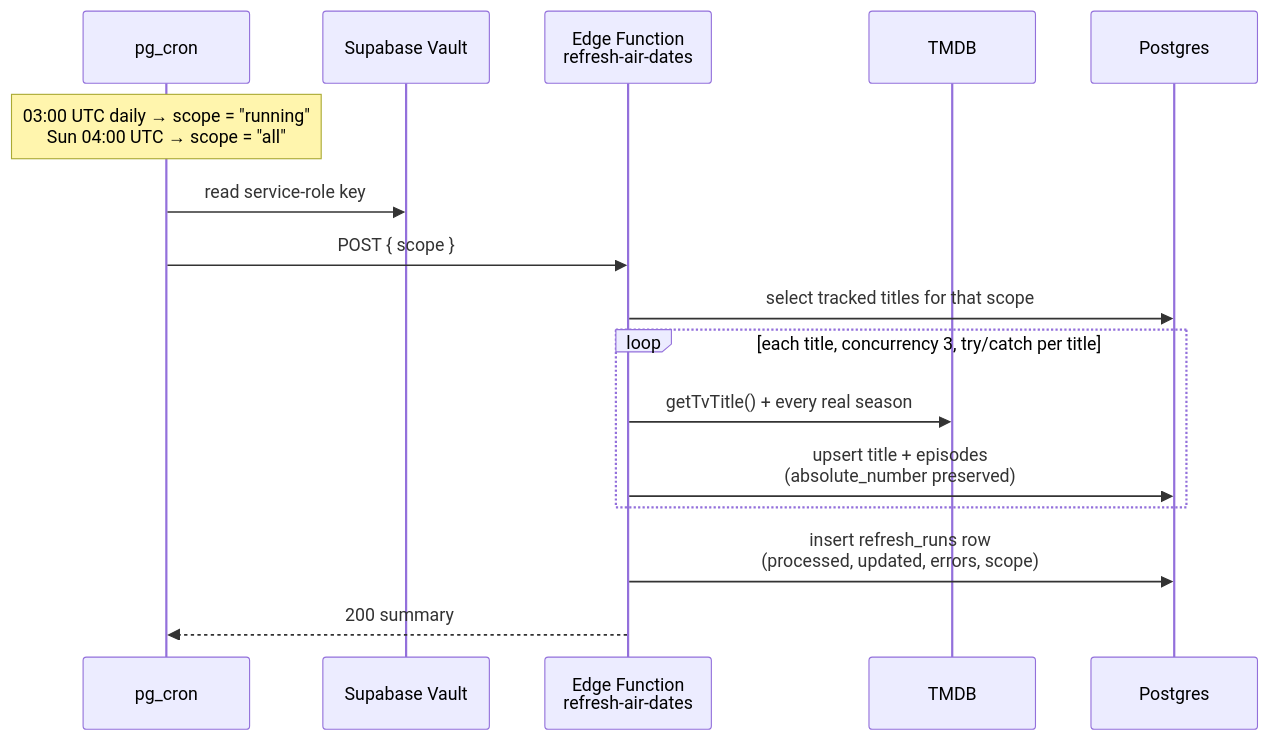
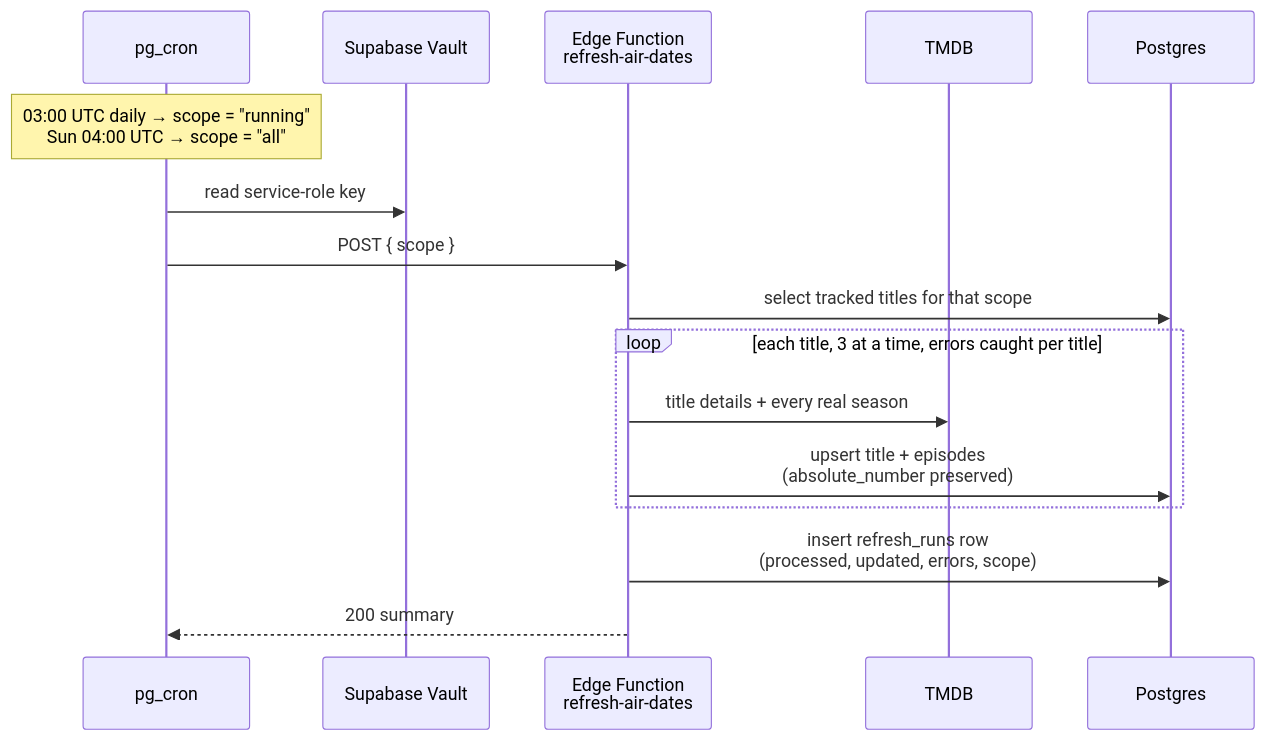
One commit to anshu-ravi/tv-tracker changed the eighth of 8 diagrams in README.md. Above: the diagram before and after it, drawn with Mermaid. The commit also changed other lines of this file and 11 other files, not shown here.

````diff
--- a/README.md
+++ b/README.md
@@ -411,19 +416,19 @@
 ```mermaid
 sequenceDiagram
     participant Cron as pg_cron
     participant Vault as Supabase Vault
     participant Edge as Edge Function<br/>refresh-air-dates
     participant TMDB
     participant DB as Postgres
 
     Note over Cron: 03:00 UTC daily → scope = "running"<br/>Sun 04:00 UTC → scope = "all"
     Cron->>Vault: read service-role key
     Cron->>Edge: POST { scope }
     Edge->>DB: select tracked titles for that scope
-    loop each title, concurrency 3, try/catch per title
-        Edge->>TMDB: getTvTitle() + every real season
+    loop each title, 3 at a time, errors caught per title
+        Edge->>TMDB: title details + every real season
         Edge->>DB: upsert title + episodes<br/>(absolute_number preserved)
     end
     Edge->>DB: insert refresh_runs row<br/>(processed, updated, errors, scope)
     Edge-->>Cron: 200 summary
 ```
````
